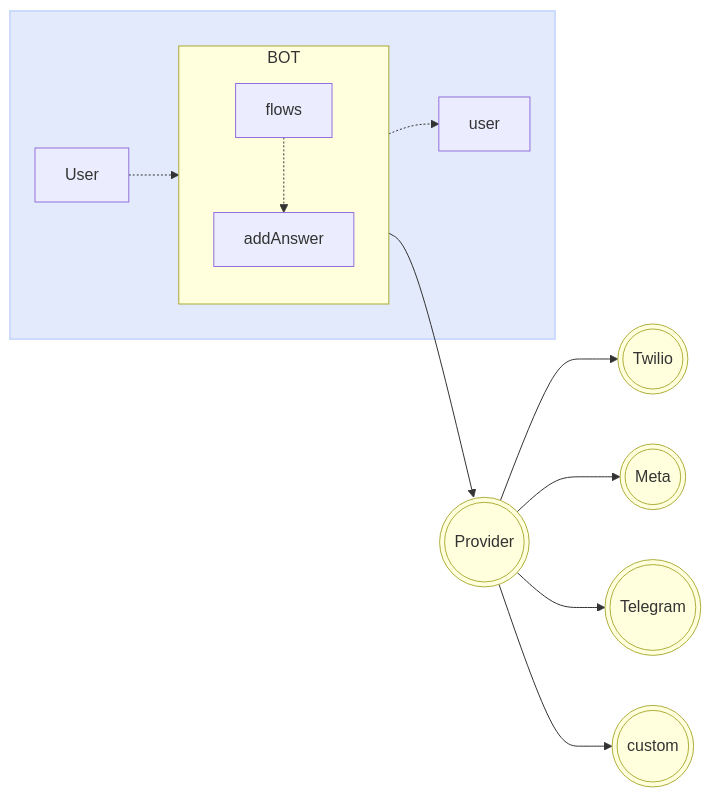
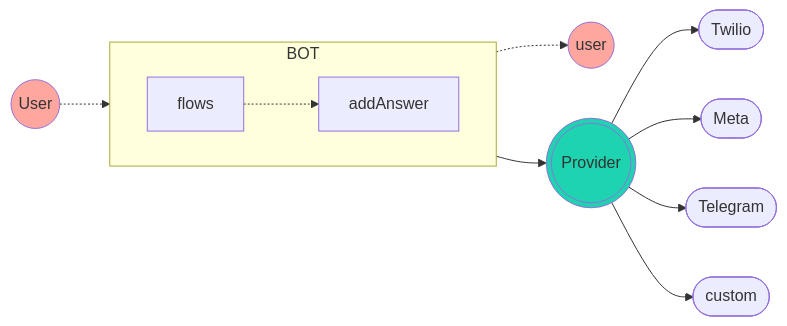
One commit to codigoencasa/documentation changed the diagram in src/pages/en/providers/index.mdx. Above: the diagram before and after it, drawn with Mermaid. The commit also changed 51 other files, not shown here.

````diff
--- a/src/pages/en/providers/index.mdx
+++ b/src/pages/en/providers/index.mdx
@@ -18,29 +18,17 @@
 ```mermaid
 flowchart LR
-      subgraph sub1[ ]
-        style sub1 fill:#e2eafc,stroke:#ccdbfd,stroke-width:2px
-        subgraph wsProvider[BOT]
-            direction TB
-            top1["flows"] -.-> bottom1[addAnswer]
-        end
-        User -.-> top1
-        bottom1 -.-> user
-      end
-        zn1(((Twilio)))
-        zn2(((Meta)))
-        zn3(((Telegram)))
-        zn4(((custom)))
-
-        wsProvider --> C(((Provider)))
-        C --> zn1
-        C --> zn2
-        C --> zn3
-        C --> zn4
-
-        style C fill:#FFFFDE,stroke:#ADAE3C,stroke-width:1px
-        style zn1 fill:#FFFFDE,stroke:#ADAE3C,stroke-width:1px
-        style zn2 fill:#FFFFDE,stroke:#ADAE3C,stroke-width:1px
-        style zn3 fill:#FFFFDE,stroke:#ADAE3C,stroke-width:1px
-        style zn4 fill:#FFFFDE,stroke:#ADAE3C,stroke-width:1px
-
+    User((User)) -.-> flows
+    subgraph BOT
+        direction LR
+        flows["flows"] -.-> addAnswer["addAnswer"]
+    end
+    addAnswer -.-> reply((user))
+    BOT --> Provider(((Provider)))
+    Provider --> Twilio([Twilio])
+    Provider --> Meta([Meta])
+    Provider --> Telegram([Telegram])
+    Provider --> custom([custom])
+    style User fill:#ffa69e
+    style reply fill:#ffa69e
+    style Provider fill:#1dd3b0
 ```
````
